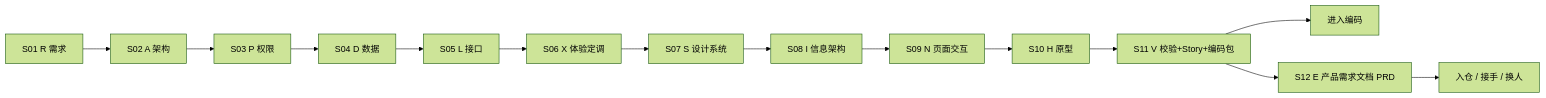
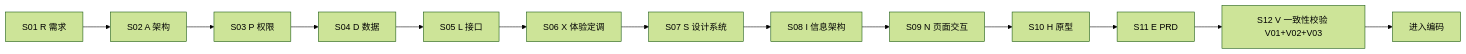
The diagram in prompt/S00-02-端到端工作流.md (wangqinglong2024/ai_agent), drawn with Mermaid (forest theme) before and after one commit. The commit also changed other lines of this file and 16 other files, not shown here.

````diff
--- a/prompt/S00-02-端到端工作流.md
+++ b/prompt/S00-02-端到端工作流.md
@@ -9,16 +9,15 @@
 ```mermaid
 flowchart LR
   R[S01 R 需求] --> A[S02 A 架构]
   A --> P[S03 P 权限]
   P --> D[S04 D 数据]
   D --> L[S05 L 接口]
   L --> X[S06 X 体验定调]
   X --> S[S07 S 设计系统]
   S --> I[S08 I 信息架构]
   I --> N[S09 N 页面交互]
   N --> H[S10 H 原型]
-  H --> V[S11 V 校验+Story+编码包]
+  H --> E[S11 E PRD]
+  E --> V[S12 V 一致性校验 V01+V02+V03]
   V --> CODE[进入编码]
-  V --> E[S12 E 产品需求文档 PRD]
-  E --> HANDOVER[入仓 / 接手 / 换人]
 ```
````
